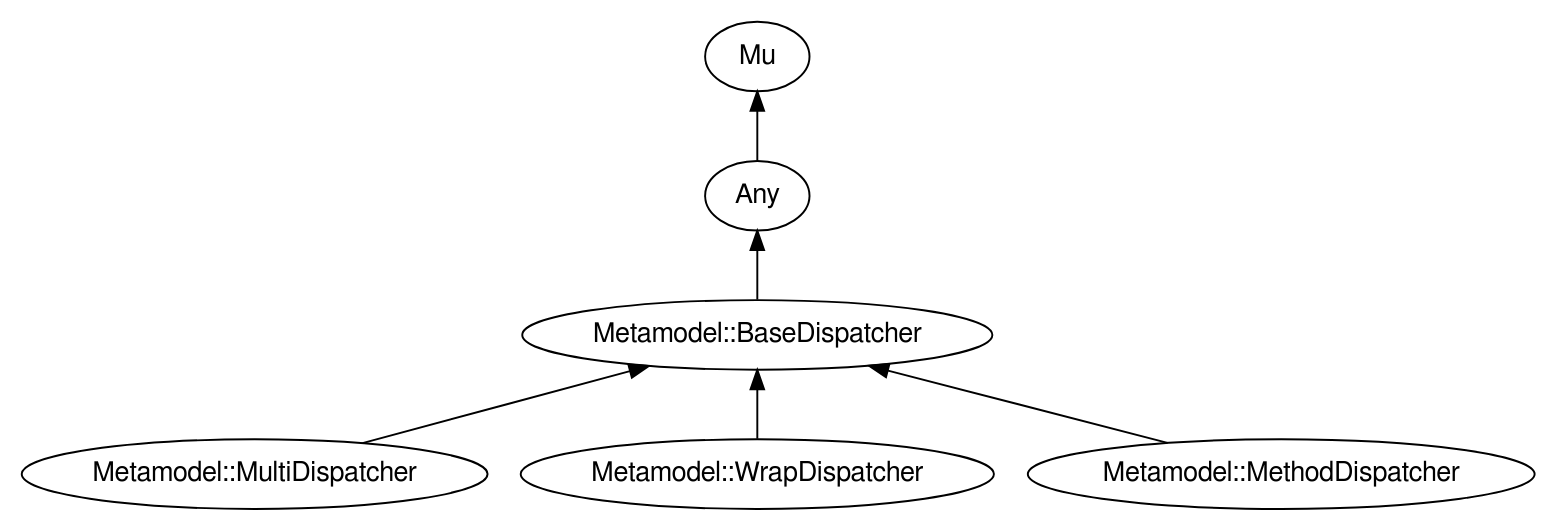
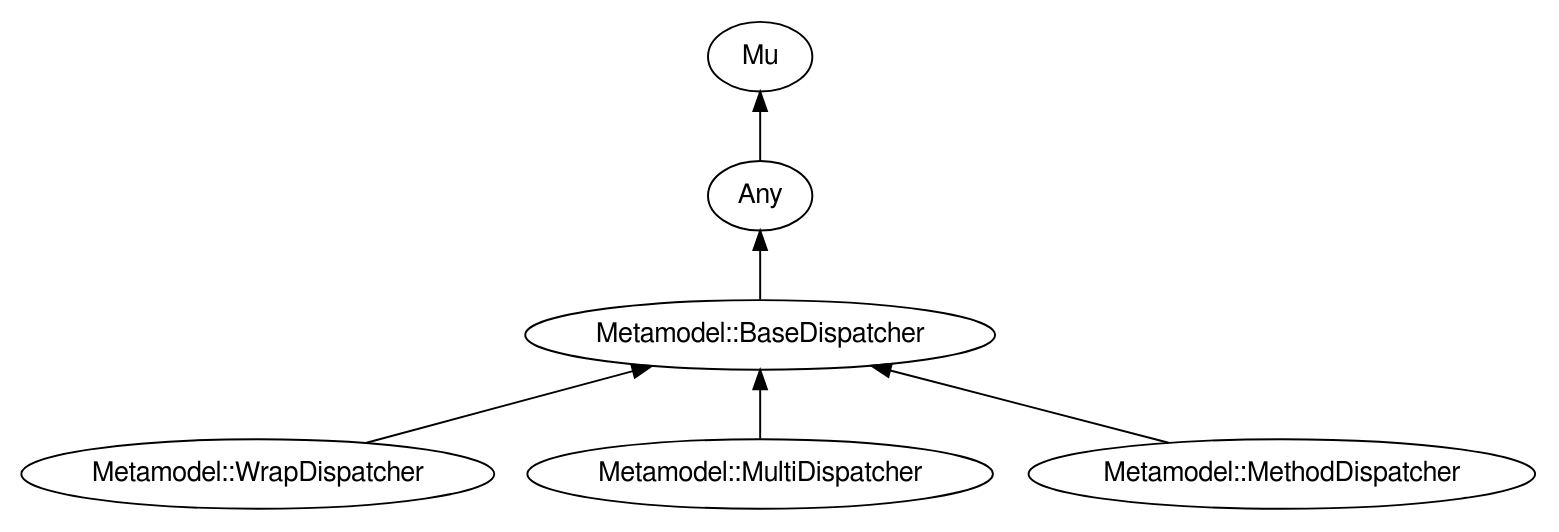
One commit to perl6docs/perl6docs.github.io changed the diagram in images/type-graph-Metamodel::BaseDispatcher.svg.dot. Above: the diagram before and after it, drawn with Graphviz. The commit also changed other lines of this file and 4420 other files, not shown here.

```diff
--- a/images/type-graph-Metamodel::BaseDispatcher.svg.dot
+++ b/images/type-graph-Metamodel::BaseDispatcher.svg.dot
@@ -1,21 +1,21 @@
 digraph "perl6-type-graph" {
     rankdir=BT;
     splines=polyline;
     overlap=false; 
     // Types
     "Metamodel::BaseDispatcher" [color="#000000", fontcolor="#000000", href="/type/Metamodel::BaseDispatcher", fontname="FreeSans"];
     "Mu" [color="#000000", fontcolor="#000000", href="/type/Mu", fontname="FreeSans"];
     "Any" [color="#000000", fontcolor="#000000", href="/type/Any", fontname="FreeSans"];
+    "Metamodel::WrapDispatcher" [color="#000000", fontcolor="#000000", href="/type/Metamodel::WrapDispatcher", fontname="FreeSans"];
     "Metamodel::MultiDispatcher" [color="#000000", fontcolor="#000000", href="/type/Metamodel::MultiDispatcher", fontname="FreeSans"];
-    "Metamodel::WrapDispatcher" [color="#000000", fontcolor="#000000", href="/type/Metamodel::WrapDispatcher", fontname="FreeSans"];
     "Metamodel::MethodDispatcher" [color="#000000", fontcolor="#000000", href="/type/Metamodel::MethodDispatcher", fontname="FreeSans"];
 
     // Superclasses
     "Metamodel::BaseDispatcher" -> "Any" [color="#000000"];
     "Any" -> "Mu" [color="#000000"];
+    "Metamodel::WrapDispatcher" -> "Metamodel::BaseDispatcher" [color="#000000"];
     "Metamodel::MultiDispatcher" -> "Metamodel::BaseDispatcher" [color="#000000"];
-    "Metamodel::WrapDispatcher" -> "Metamodel::BaseDispatcher" [color="#000000"];
     "Metamodel::MethodDispatcher" -> "Metamodel::BaseDispatcher" [color="#000000"];
 
     // Roles
 }
```
